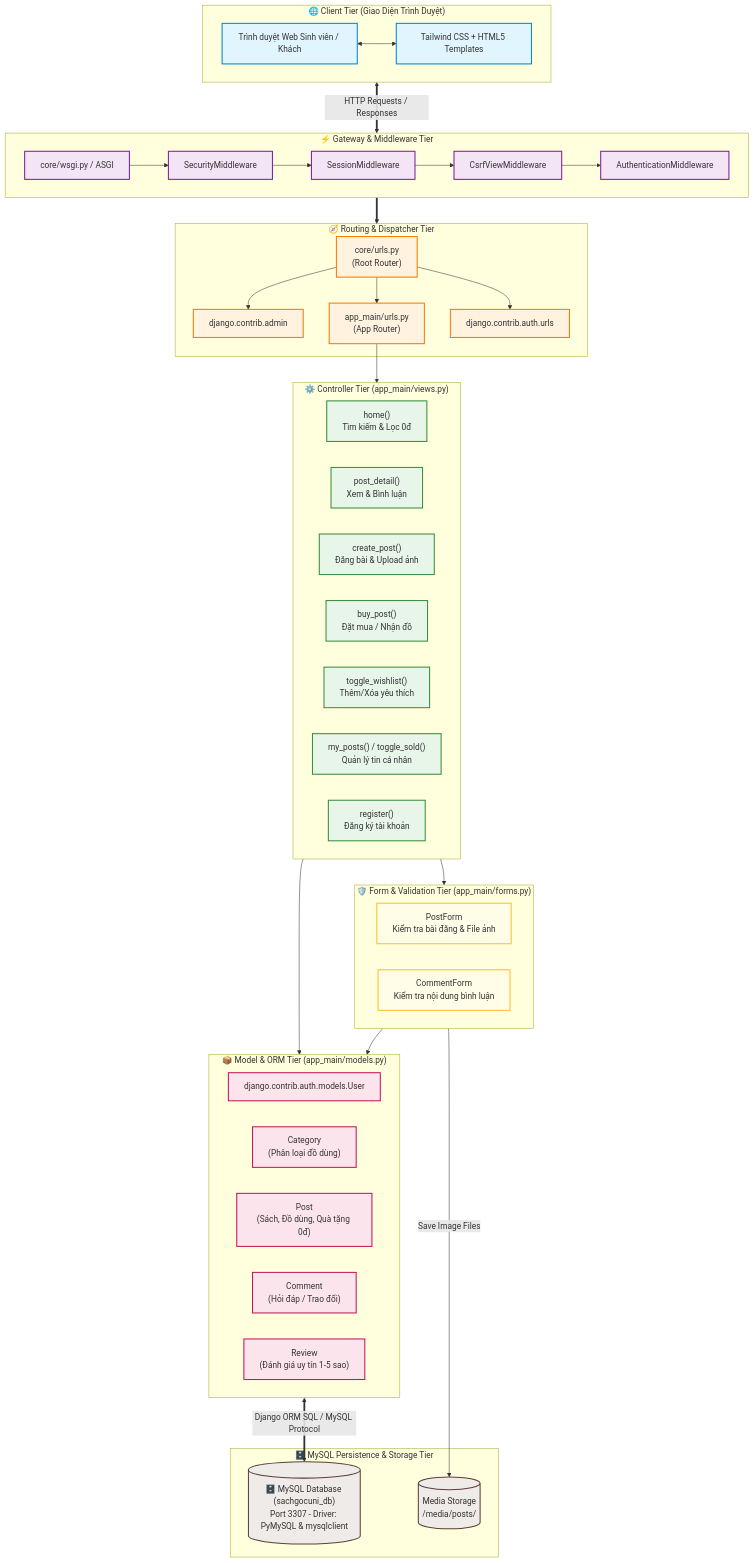
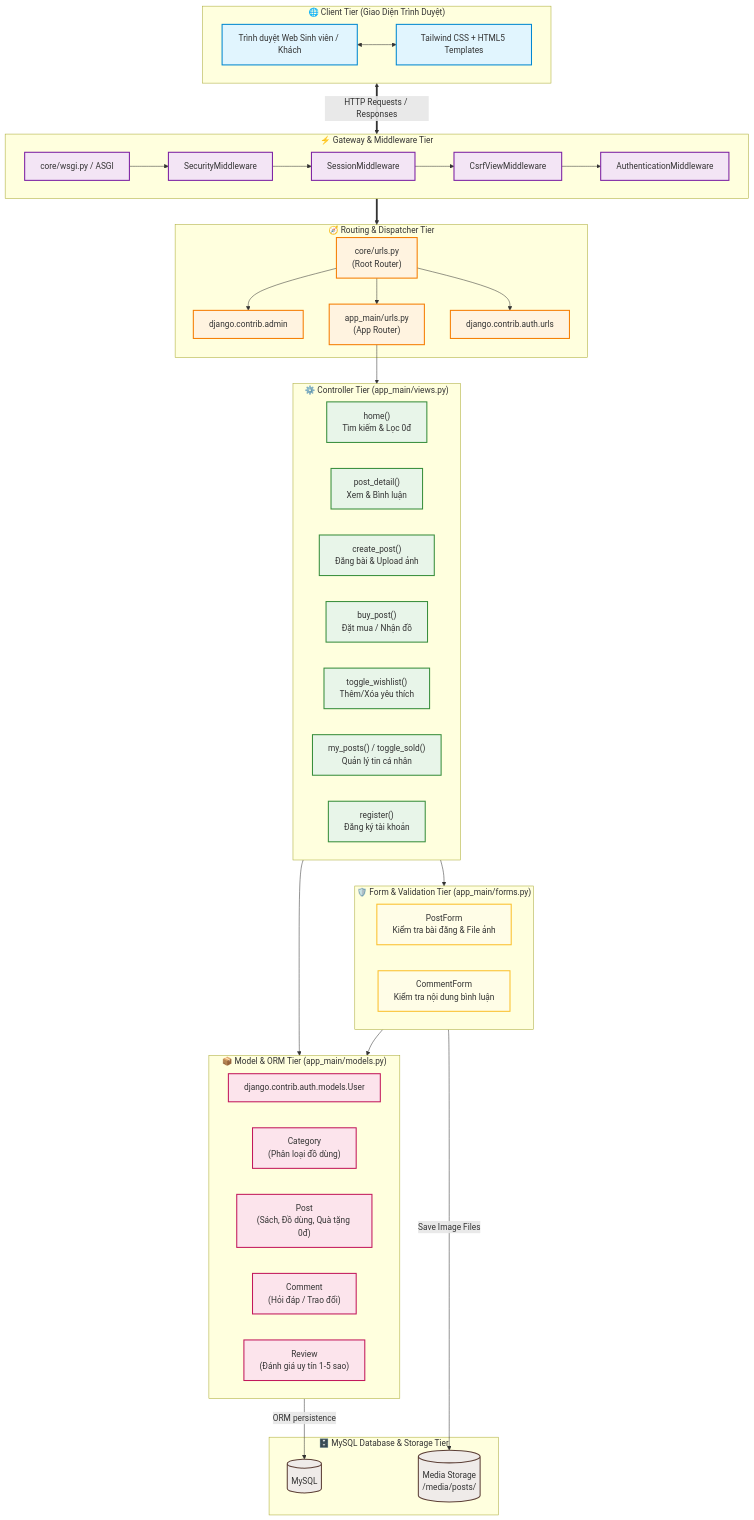
One commit to 24CT1-NGUYENVANHAO/congnghephanmen changed the first of 3 diagrams in ARCHITECTURE.md. Above: the diagram before and after it, drawn with Mermaid. The commit also changed 3 other files, not shown here.

Commit message:
docs & feat: explicit MySQL node in Mermaid diagrams and ORM persistence docstrings

````diff
--- a/ARCHITECTURE.md
+++ b/ARCHITECTURE.md
@@ -70,8 +70,8 @@
     end
 
     %% Storage & Database Tier
-    subgraph Storage_Tier ["🗄️ MySQL Persistence & Storage Tier"]
-        MySQLDB[("🗄️ MySQL Database (sachgocuni_db)<br/>Port 3307 - Driver: PyMySQL & mysqlclient")]
+    subgraph Storage_Tier ["🗄️ MySQL Database & Storage Tier"]
+        MySQL[(MySQL)]
         MediaStorage[("Media Storage<br/>/media/posts/")]
     end
 
@@ -84,7 +84,7 @@
     Form_Tier --> Model_Tier
     Controller_Tier --> Model_Tier
     
-    Model_Tier <==>|Django ORM SQL / MySQL Protocol| MySQLDB
+    Model_Tier -->|ORM persistence| MySQL
     Form_Tier -->|Save Image Files| MediaStorage
 
     classDef client fill:#e1f5fe,stroke:#0288d1,stroke-width:2px;
@@ -101,5 +101,5 @@
     class ViewHome,ViewDetail,ViewCreate,ViewBuy,ViewWishlist,ViewMyPosts,ViewRegister controller;
     class PostForm,CommentForm form;
     class ModelUser,ModelCategory,ModelPost,ModelComment,ModelReview model;
-    class MySQLDB,MediaStorage storage;
+    class MySQL,MediaStorage storage;
 ```
````
